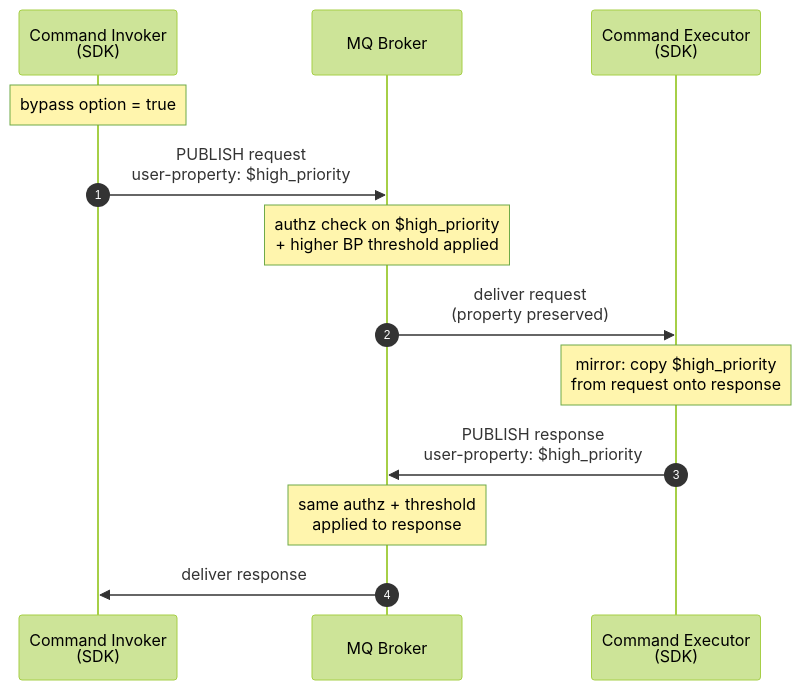
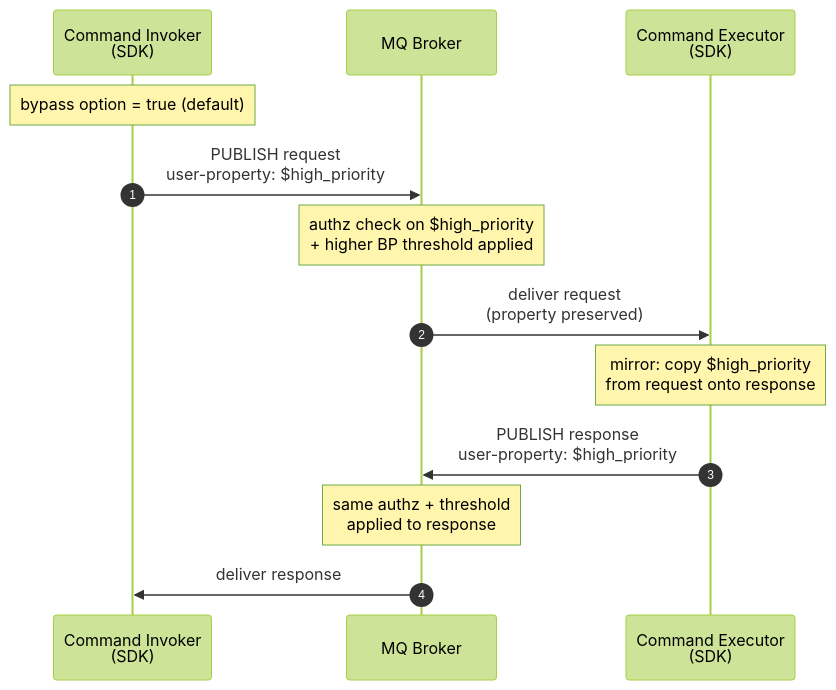
Before and after one commit to Azure/iot-operations-sdks: the diagram in doc/dev/adr/0031-backpressure-bypass.md, drawn with Mermaid (forest theme). The commit also changed other lines of this file, not shown here.

Commit message:
Refine ADR 31: Update status to proposed and clarify default behavior for mRPC bypass option

````diff
--- a/doc/dev/adr/0031-backpressure-bypass.md
+++ b/doc/dev/adr/0031-backpressure-bypass.md
@@ -30,17 +32,17 @@
 ```mermaid
 sequenceDiagram
     autonumber
     participant Inv as Command Invoker<br/>(SDK)
     participant Brk as MQ Broker
     participant Exe as Command Executor<br/>(SDK)
 
-    Note over Inv: bypass option = true
+    Note over Inv: bypass option = true (default)
     Inv->>Brk: PUBLISH request<br/>user-property: $high_priority
     Note over Brk: authz check on $high_priority<br/>+ higher BP threshold applied
     Brk->>Exe: deliver request<br/>(property preserved)
 
     Note over Exe: mirror: copy $high_priority<br/>from request onto response
     Exe->>Brk: PUBLISH response<br/>user-property: $high_priority
     Note over Brk: same authz + threshold<br/>applied to response
     Brk->>Inv: deliver response
 ```
````
